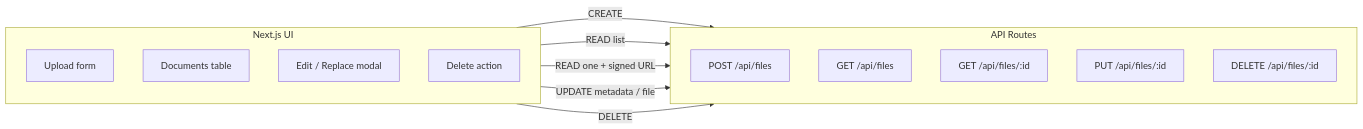
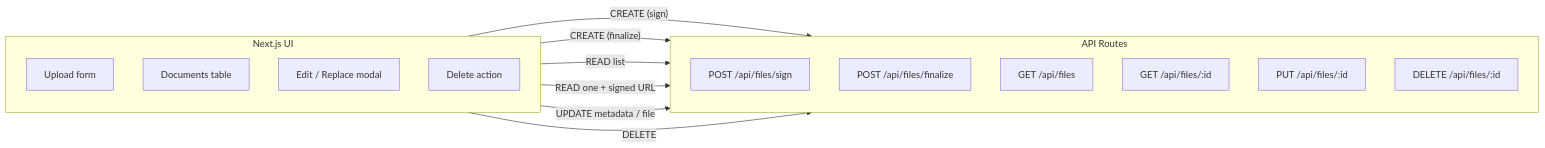
Before and after one commit to m-sameerkhan/docvault: the fourth of 4 diagrams in README.md, drawn with Mermaid. The commit also changed other lines of this file, not shown here.

````diff
--- a/README.md
+++ b/README.md
@@ -129,25 +173,27 @@
 ```mermaid
 flowchart LR
     subgraph UIx["Next.js UI"]
         direction TB
         U1["Upload form"]
         U2["Documents table"]
         U3["Edit / Replace modal"]
         U4["Delete action"]
     end
 
     subgraph Routes["API Routes"]
         direction TB
-        R1["POST /api/files"]
+        R1a["POST /api/files/sign"]
+        R1b["POST /api/files/finalize"]
         R2["GET /api/files"]
         R3["GET /api/files/:id"]
         R4["PUT /api/files/:id"]
         R5["DELETE /api/files/:id"]
     end
 
-    U1 -->|CREATE| R1
+    U1 -->|"CREATE (sign)"| R1a
+    U1 -->|"CREATE (finalize)"| R1b
     U2 -->|"READ list"| R2
     U2 -->|"READ one + signed URL"| R3
     U3 -->|"UPDATE metadata / file"| R4
     U4 -->|DELETE| R5
 ```
````
